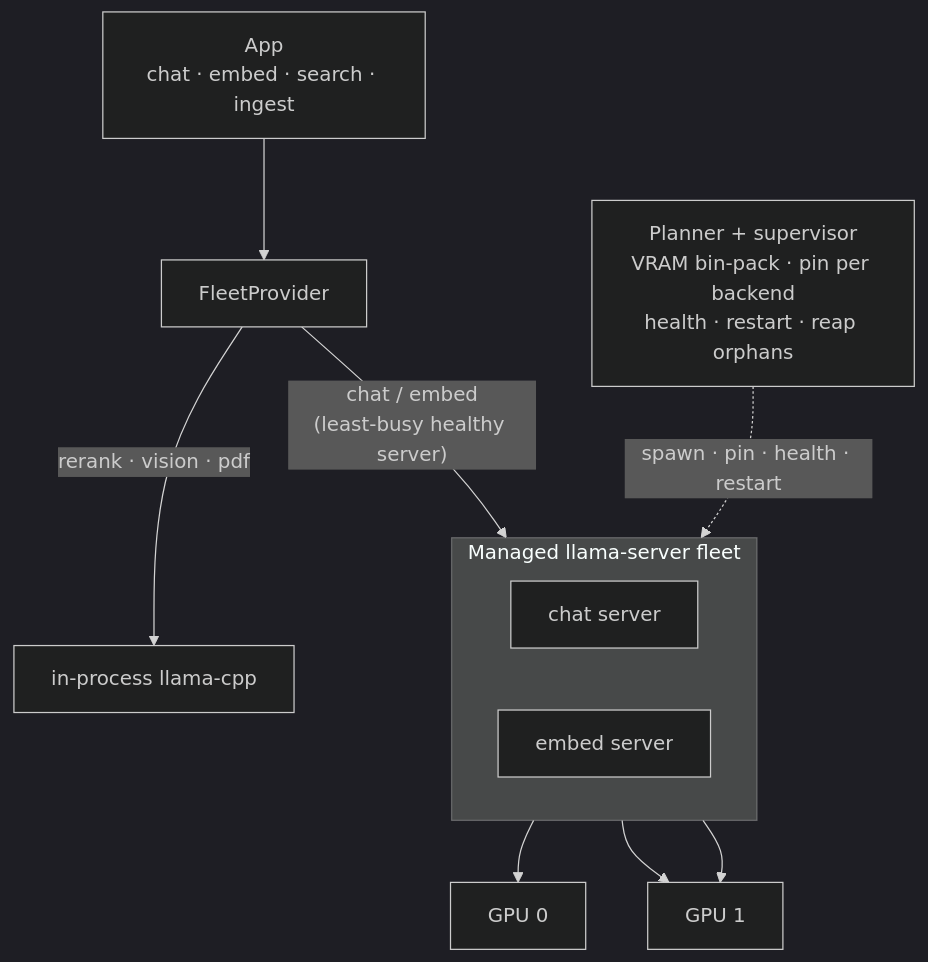
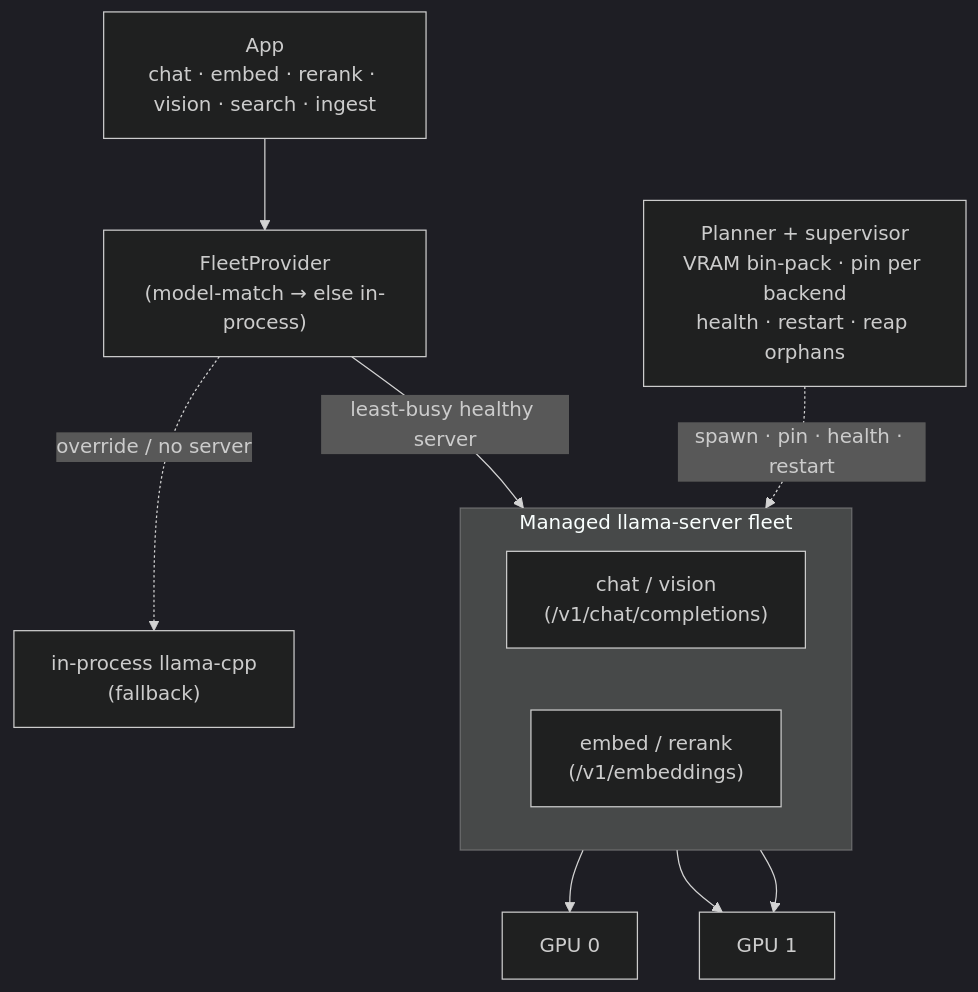
Before and after one commit to tobocop2/lilbee: the third of 7 diagrams in docs/architecture.md, drawn with Mermaid (dark theme). The commit also changed other lines of this file, not shown here.

Commit message:
docs: fleet now runs all four roles; update diagram and routing notes

````diff
--- a/docs/architecture.md
+++ b/docs/architecture.md
@@ -138,23 +142,23 @@
 ```mermaid
 flowchart TD
-    APP["App<br/>chat · embed · search · ingest"]
-    FP["FleetProvider"]
-    LOCAL["in-process llama-cpp"]
+    APP["App<br/>chat · embed · rerank · vision · search · ingest"]
+    FP["FleetProvider<br/>(model-match → else in-process)"]
+    LOCAL["in-process llama-cpp<br/>(fallback)"]
     SUP["Planner + supervisor<br/>VRAM bin-pack · pin per backend<br/>health · restart · reap orphans"]
 
     APP --> FP
-    FP -->|"chat / embed<br/>(least-busy healthy server)"| FLEET
-    FP -->|"rerank · vision · pdf"| LOCAL
+    FP -->|"least-busy healthy server"| FLEET
+    FP -. "override / no server" .-> LOCAL
 
     subgraph FLEET["Managed llama-server fleet"]
         direction LR
-        CS["chat server"]
-        ES["embed server"]
+        CS["chat / vision<br/>(/v1/chat/completions)"]
+        ES["embed / rerank<br/>(/v1/embeddings)"]
     end
 
     SUP -. "spawn · pin · health · restart" .-> FLEET
 
     CS --> G0["GPU 0"]
     CS --> G1["GPU 1"]
     ES --> G1
 ```
````
